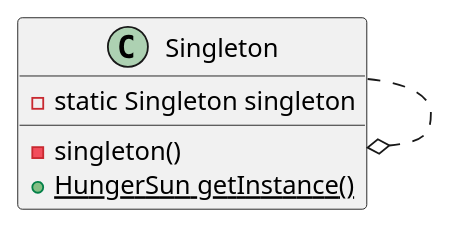
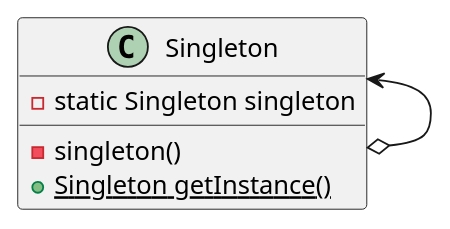
Before and after one commit to WRJcode/md-design-pattern: the diagram in singleton/src/main/java/org/arvinw/Singleton.puml, drawn with PlantUML. The commit also changed 111 other files, not shown here.

Commit message:
update UML file and uml picture

```diff
--- a/singleton/src/main/java/org/arvinw/Singleton.puml
+++ b/singleton/src/main/java/org/arvinw/Singleton.puml
@@ -1,12 +1,13 @@
 @startuml
 'https://plantuml.com/class-diagram
 
 class Singleton{
   - static Singleton singleton
   - singleton()
-  + {static} HungerSun getInstance()
+  + {static} Singleton getInstance()
 }
 
-Singleton ..o Singleton
+Singleton <--o Singleton
+
 
 @enduml
```
